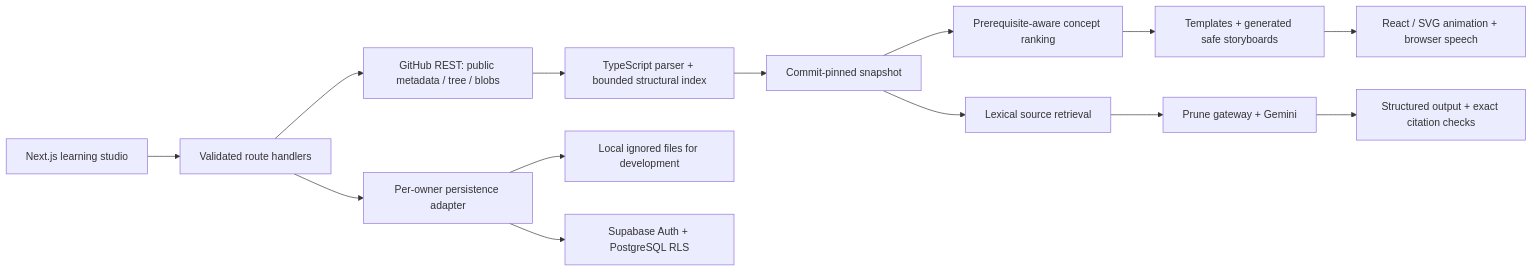
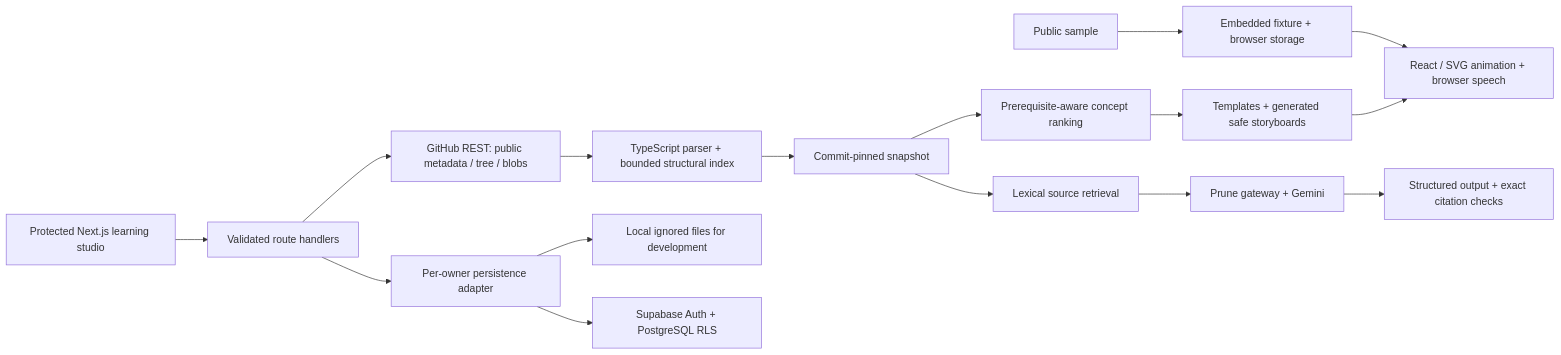
One commit to pranav-pokkula/synapse changed the diagram in docs/ARCHITECTURE.md. Above: the diagram before and after it, drawn with Mermaid. The commit also changed other lines of this file and 16 other files, not shown here.

````diff
--- a/docs/ARCHITECTURE.md
+++ b/docs/ARCHITECTURE.md
@@ -5,16 +7,18 @@
 ```mermaid
 flowchart LR
-  UI[Next.js learning studio] --> API[Validated route handlers]
+  PUBLIC[Public sample] --> BROWSER[Embedded fixture + browser storage]
+  BROWSER --> VIEW
+  UI[Protected Next.js learning studio] --> API[Validated route handlers]
   API --> GH[GitHub REST: public metadata / tree / blobs]
   GH --> IDX[TypeScript parser + bounded structural index]
   IDX --> SNAP[Commit-pinned snapshot]
   SNAP --> PATH[Prerequisite-aware concept ranking]
   PATH --> LESSON[Templates + generated safe storyboards]
   LESSON --> VIEW[React / SVG animation + browser speech]
   SNAP --> RET[Lexical source retrieval]
   RET --> LLM[Prune gateway + Gemini]
   LLM --> CHECK[Structured output + exact citation checks]
   API --> STORE[Per-owner persistence adapter]
   STORE --> LOCAL[Local ignored files for development]
   STORE --> SB[Supabase Auth + PostgreSQL RLS]
 ```
````
